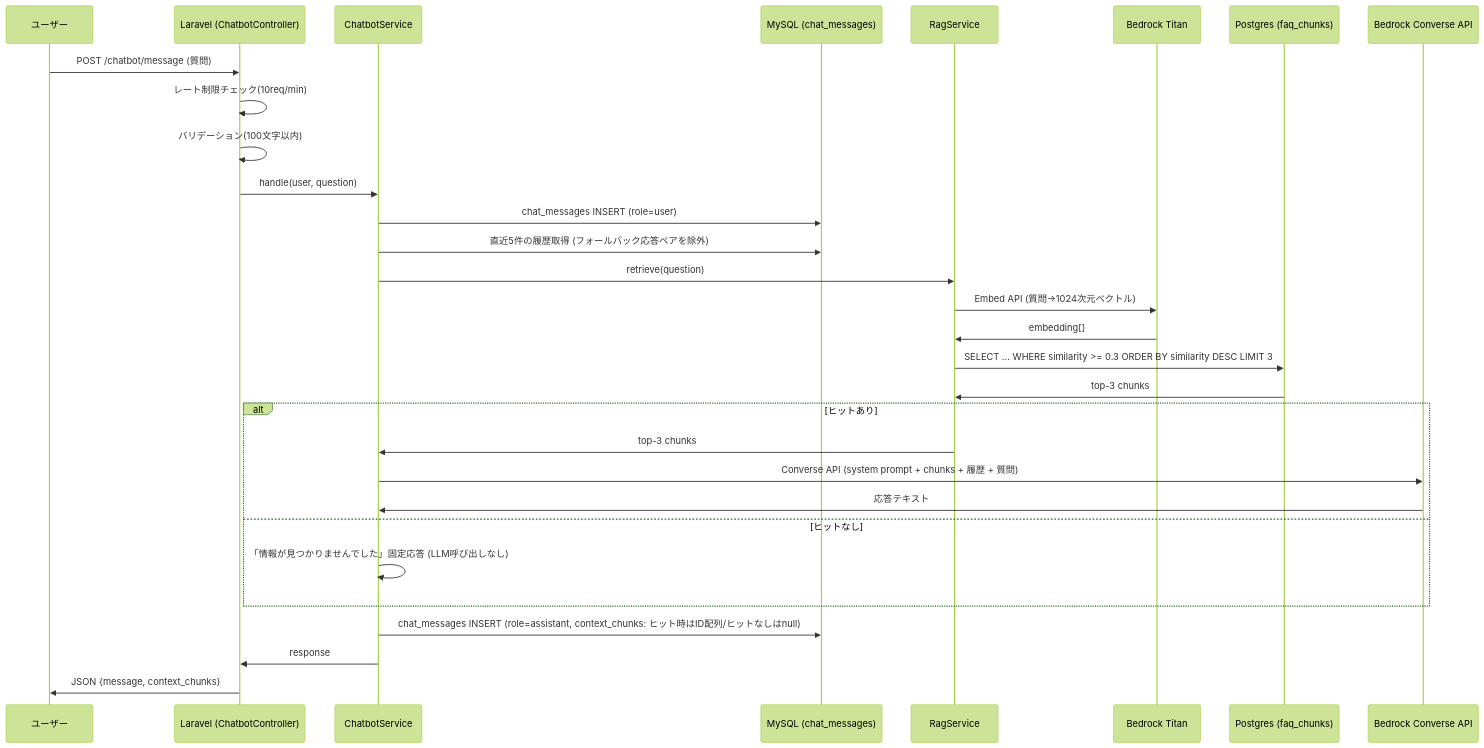
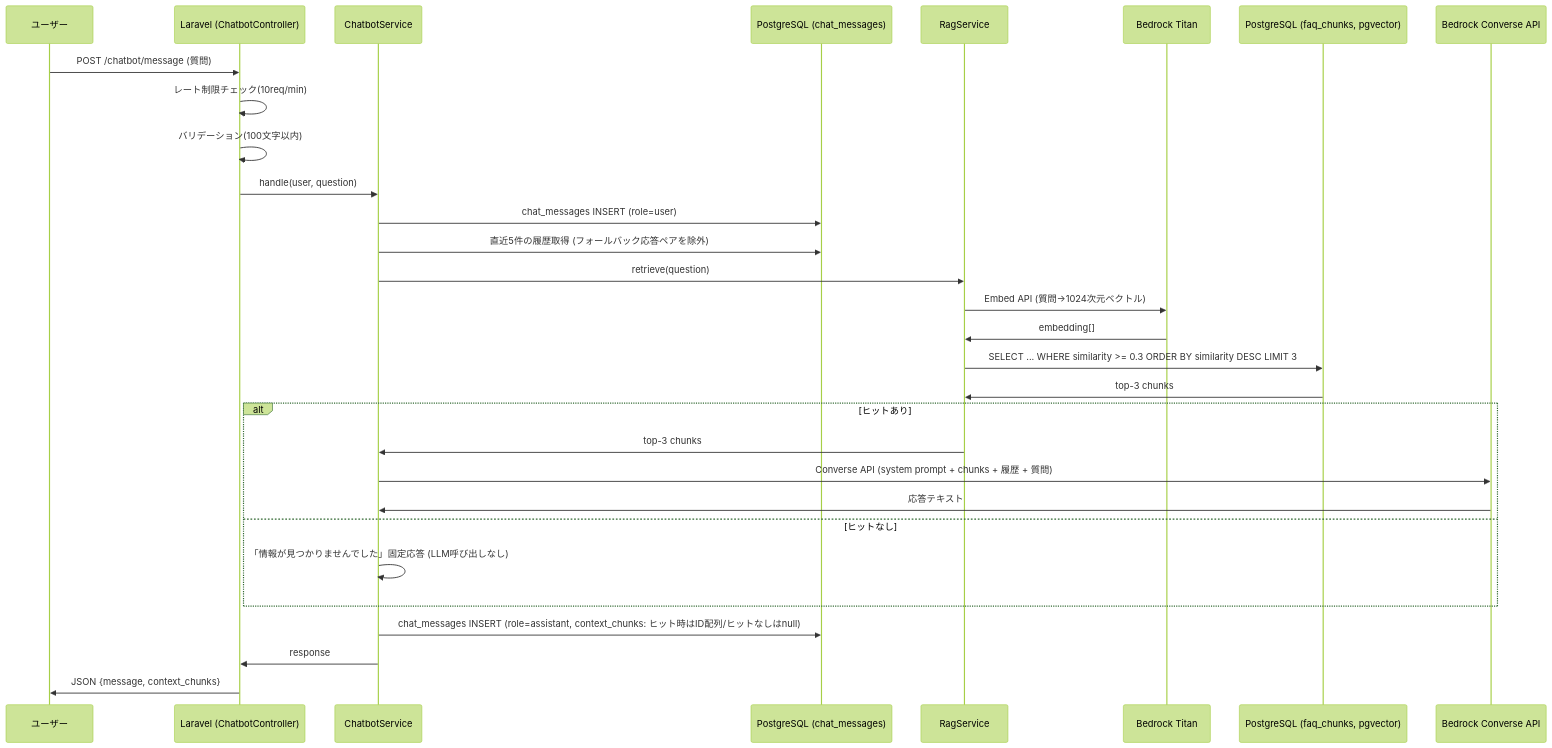
The eighth of 9 diagrams in docs/design-docs/05_data_flow.md (tetsu2026/movie-profile), drawn with Mermaid (forest theme) before and after one commit. The commit also changed other lines of this file and 5 other files, not shown here.

First line of the commit message:
docs: PostgreSQL 単一DB構成への移行を設計書へ反映

````diff
--- a/docs/design-docs/05_data_flow.md
+++ b/docs/design-docs/05_data_flow.md
@@ -216,33 +216,35 @@
 ```mermaid
 sequenceDiagram
     participant U as ユーザー
     participant L as Laravel (ChatbotController)
     participant S as ChatbotService
-    participant MySQL as MySQL (chat_messages)
+    participant PG as PostgreSQL (chat_messages)
     participant R as RagService
     participant T as Bedrock Titan
-    participant PG as Postgres (faq_chunks)
+    participant PGV as PostgreSQL (faq_chunks, pgvector)
     participant N as Bedrock Converse API
 
     U->>L: POST /chatbot/message (質問)
     L->>L: レート制限チェック(10req/min)
     L->>L: バリデーション(100文字以内)
     L->>S: handle(user, question)
-    S->>MySQL: chat_messages INSERT (role=user)
-    S->>MySQL: 直近5件の履歴取得 (フォールバック応答ペアを除外)
+    S->>PG: chat_messages INSERT (role=user)
+    S->>PG: 直近5件の履歴取得 (フォールバック応答ペアを除外)
     S->>R: retrieve(question)
     R->>T: Embed API (質問→1024次元ベクトル)
     T->>R: embedding[]
-    R->>PG: SELECT ... WHERE similarity >= 0.3 ORDER BY similarity DESC LIMIT 3
-    PG->>R: top-3 chunks
+    R->>PGV: SELECT ... WHERE similarity >= 0.3 ORDER BY similarity DESC LIMIT 3
+    PGV->>R: top-3 chunks
     alt ヒットあり
         R->>S: top-3 chunks
         S->>N: Converse API (system prompt + chunks + 履歴 + 質問)
         N->>S: 応答テキスト
     else ヒットなし
         S->>S: 「情報が見つかりませんでした」固定応答 (LLM呼び出しなし)
     end
-    S->>MySQL: chat_messages INSERT (role=assistant, context_chunks: ヒット時はID配列/ヒットなしはnull)
+    S->>PG: chat_messages INSERT (role=assistant, context_chunks: ヒット時はID配列/ヒットなしはnull)
     S->>L: response
     L->>U: JSON {message, context_chunks}
+
+    %% 注: PG と PGV は同一 PostgreSQL DB 内の別テーブル (chat_messages / faq_chunks)
 ```
````
